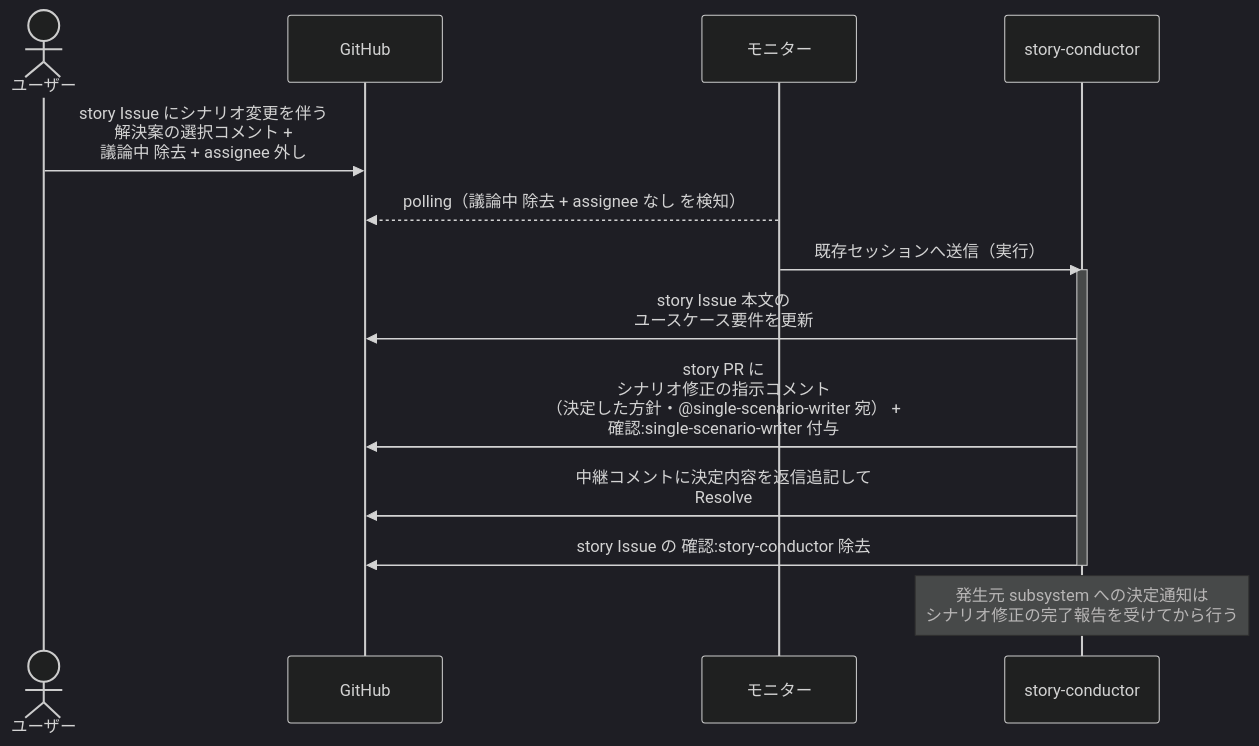
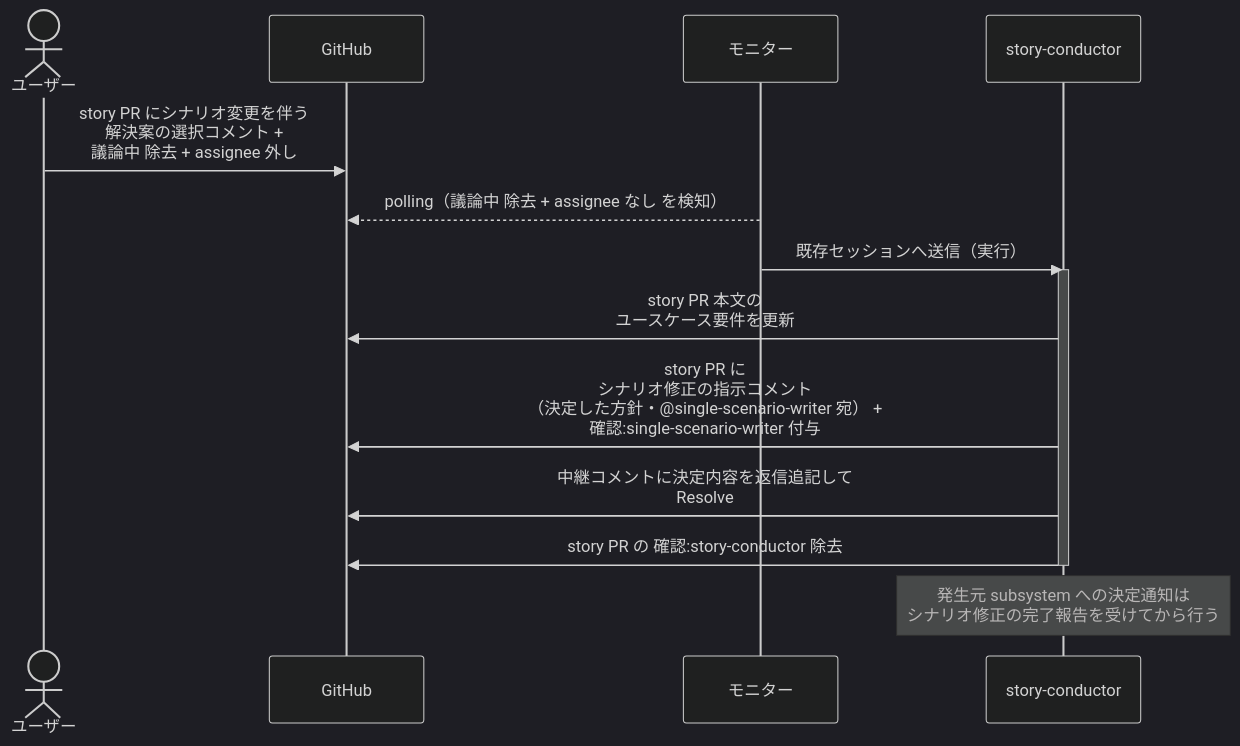
Before and after one commit to shuhei1101/ai-monitor: the fourth of 6 diagrams in docs/wiki/設計図/シナリオ/単一ユースケース/エスカレーション対応.md, drawn with Mermaid (dark theme). The commit also changed other lines of this file and 256 other files, not shown here.

````diff
--- a/docs/wiki/設計図/シナリオ/単一ユースケース/エスカレーション対応.md
+++ b/docs/wiki/設計図/シナリオ/単一ユースケース/エスカレーション対応.md
@@ -136,18 +136,18 @@
 ```mermaid
 sequenceDiagram
   actor U as ユーザー
   participant GH as GitHub
   participant ORC as モニター
   participant MON as story-conductor
 
-  U->>GH: story Issue にシナリオ変更を伴う<br>解決案の選択コメント +<br>議論中 除去 + assignee 外し
+  U->>GH: story PR にシナリオ変更を伴う<br>解決案の選択コメント +<br>議論中 除去 + assignee 外し
   ORC-->>GH: polling（議論中 除去 + assignee なし を検知）
   ORC->>MON: 既存セッションへ送信（実行）
   activate MON
-  MON->>GH: story Issue 本文の<br>ユースケース要件を更新
+  MON->>GH: story PR 本文の<br>ユースケース要件を更新
   MON->>GH: story PR に<br>シナリオ修正の指示コメント<br>（決定した方針・@single-scenario-writer 宛） +<br>確認:single-scenario-writer 付与
   MON->>GH: 中継コメントに決定内容を返信追記して<br>Resolve
-  MON->>GH: story Issue の 確認:story-conductor 除去
+  MON->>GH: story PR の 確認:story-conductor 除去
   deactivate MON
   Note over MON: 発生元 subsystem への決定通知は<br>シナリオ修正の完了報告を受けてから行う
 ```
````
